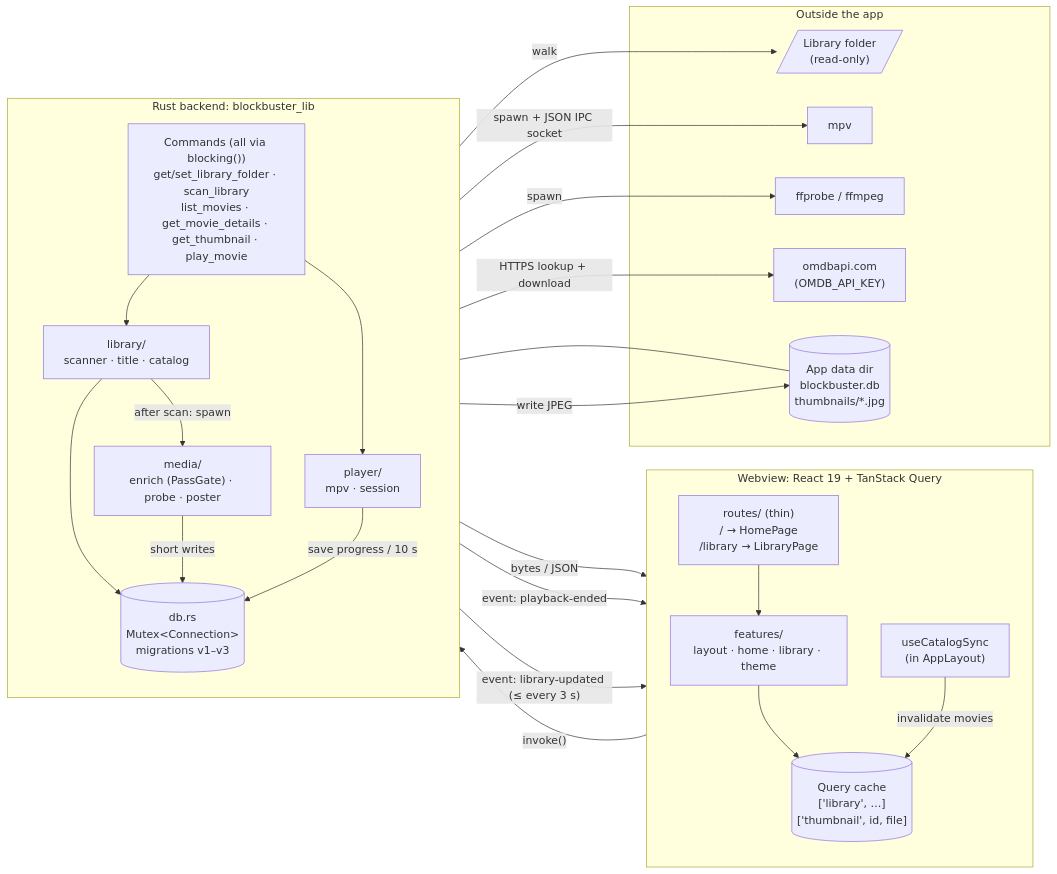
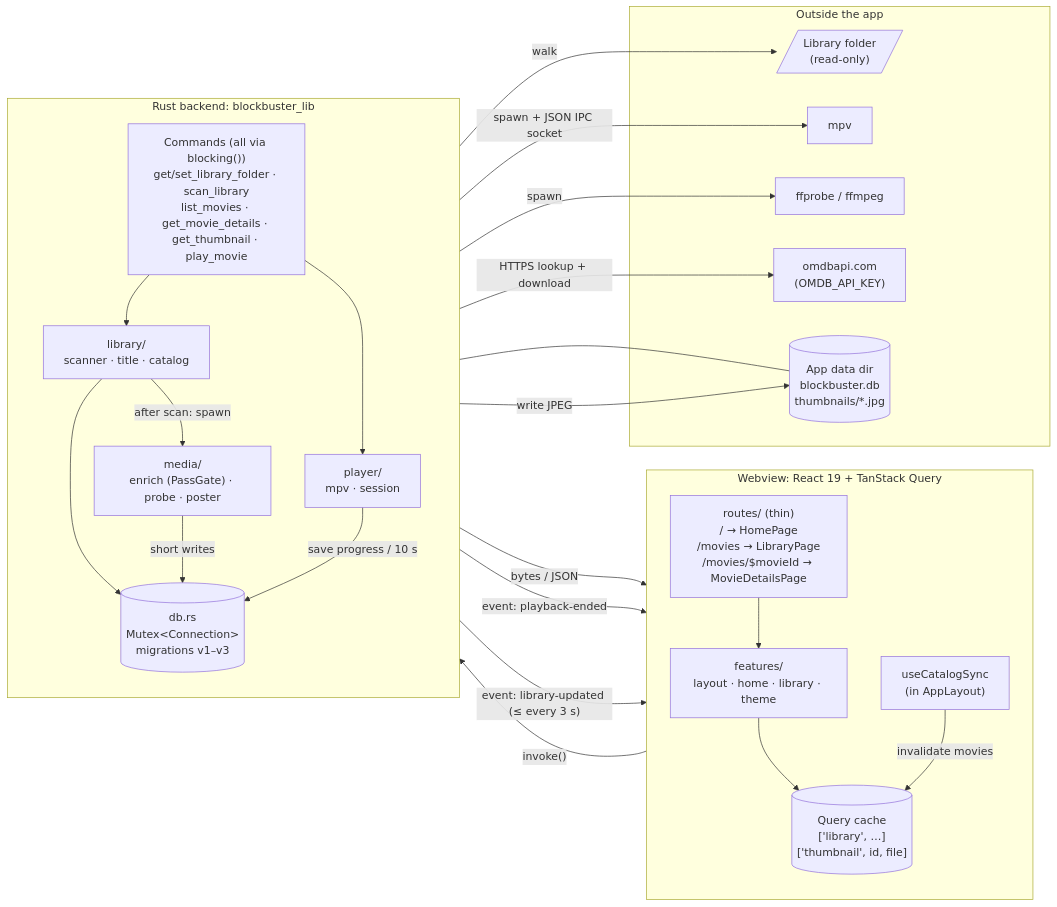
Before and after one commit to jintu-das/blockbuster: the first of 3 diagrams in docs/architecture.md, drawn with Mermaid. The commit also changed other lines of this file and 9 other files, not shown here.

Commit message:
feat: rename Library to Movies and update related routes and documentation

````diff
--- a/docs/architecture.md
+++ b/docs/architecture.md
@@ -9,46 +9,46 @@
 ```mermaid
 flowchart LR
   subgraph WV["Webview: React 19 + TanStack Query"]
     direction TB
-    R["routes/ (thin)<br/>/ → HomePage<br/>/library → LibraryPage"]
+    R["routes/ (thin)<br/>/ → HomePage<br/>/movies → LibraryPage<br/>/movies/$movieId → MovieDetailsPage"]
     F["features/<br/>layout · home · library · theme"]
     Q[("Query cache<br/>['library', …]<br/>['thumbnail', id, file]")]
     S["useCatalogSync<br/>(in AppLayout)"]
     R --> F --> Q
   end
 
   subgraph RS["Rust backend: blockbuster_lib"]
     direction TB
     CMD["Commands (all via blocking())<br/>get/set_library_folder · scan_library<br/>list_movies · get_movie_details · get_thumbnail · play_movie"]
     LIB["library/<br/>scanner · title · catalog"]
     PLY["player/<br/>mpv · session"]
     MED["media/<br/>enrich (PassGate) · probe · poster"]
     DB[("db.rs<br/>Mutex#lt;Connection#gt;<br/>migrations v1–v3")]
     CMD --> LIB --> DB
     CMD --> PLY
     LIB -- "after scan: spawn" --> MED
     MED -- "short writes" --> DB
     PLY -- "save progress / 10 s" --> DB
   end
 
   subgraph EXT["Outside the app"]
     FS[/"Library folder<br/>(read-only)"/]
     MPV["mpv"]
     FF["ffprobe / ffmpeg"]
     OMDB["omdbapi.com<br/>(OMDB_API_KEY)"]
     DATA[("App data dir<br/>blockbuster.db<br/>thumbnails/*.jpg")]
   end
 
   F -- "invoke()" --> CMD
   CMD -- "bytes / JSON" --> F
   PLY -- "event: playback-ended" --> S
   MED -- "event: library-updated (≤ every 3 s)" --> S
   S -- "invalidate movies" --> Q
 
   LIB -- "walk" --> FS
   PLY -- "spawn + JSON IPC socket" --> MPV
   MED -- "spawn" --> FF
   MED -- "HTTPS lookup + download" --> OMDB
   DB --- DATA
   MED -- "write JPEG" --> DATA
 ```
````
